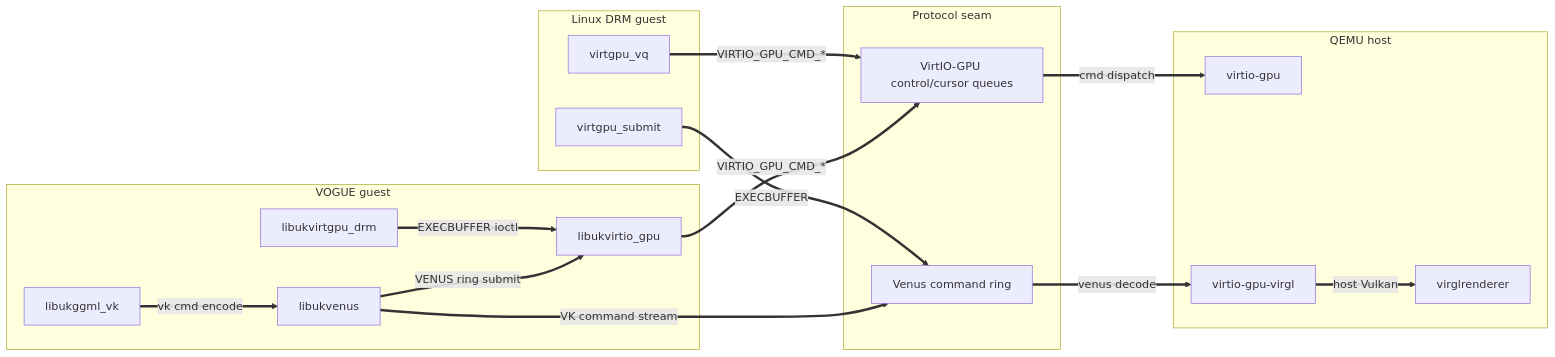
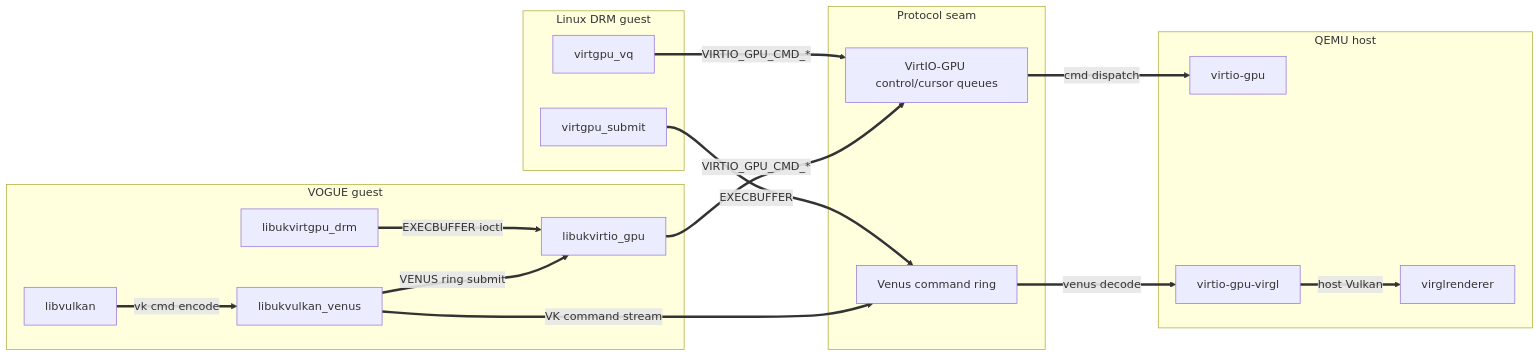
Before and after one commit to vm-final-project/virtio-gpu: the diagram in docs/ARCHITECTURE.md, drawn with Mermaid. The commit also changed other lines of this file and 170 other files, not shown here.

First line of the commit message:
vulkan: redesign around libvulkan + a native Venus driver; retire libukvk_icd and libukggml_vk

````diff
--- a/docs/ARCHITECTURE.md
+++ b/docs/ARCHITECTURE.md
@@ -41,32 +41,32 @@
 ```mermaid
 flowchart LR
   subgraph linux["Linux DRM guest"]
     linux_virtgpu_vq["virtgpu_vq"]
     linux_virtgpu_submit["virtgpu_submit"]
   end
   subgraph vogue["VOGUE guest"]
-    vogue_libukggml_vk["libukggml_vk"]
-    vogue_libukvenus["libukvenus"]
+    vogue_libvulkan["libvulkan"]
+    vogue_libukvulkan_venus["libukvulkan_venus"]
     vogue_libukvirtgpu_drm["libukvirtgpu_drm"]
     vogue_libukvirtio_gpu["libukvirtio_gpu"]
   end
   subgraph seam["Protocol seam"]
     seam_ctrlq["VirtIO-GPU control/cursor queues"]
     seam_venus_ring["Venus command ring"]
   end
   subgraph qemu["QEMU host"]
     qemu_virtio_gpu["virtio-gpu"]
     qemu_virtio_gpu_virgl["virtio-gpu-virgl"]
     qemu_ext_virglrenderer["virglrenderer"]
   end
-  vogue_libukggml_vk ==>|vk cmd encode| vogue_libukvenus
-  vogue_libukvenus ==>|VENUS ring submit| vogue_libukvirtio_gpu
+  vogue_libvulkan ==>|vk cmd encode| vogue_libukvulkan_venus
+  vogue_libukvulkan_venus ==>|VENUS ring submit| vogue_libukvirtio_gpu
   vogue_libukvirtgpu_drm ==>|EXECBUFFER ioctl| vogue_libukvirtio_gpu
   vogue_libukvirtio_gpu ==>|VIRTIO_GPU_CMD_*| seam_ctrlq
-  vogue_libukvenus ==>|VK command stream| seam_venus_ring
+  vogue_libukvulkan_venus ==>|VK command stream| seam_venus_ring
   linux_virtgpu_vq ==>|VIRTIO_GPU_CMD_*| seam_ctrlq
   linux_virtgpu_submit ==>|EXECBUFFER| seam_venus_ring
   seam_ctrlq ==>|cmd dispatch| qemu_virtio_gpu
   seam_venus_ring ==>|venus decode| qemu_virtio_gpu_virgl
   qemu_virtio_gpu_virgl ==>|host Vulkan| qemu_ext_virglrenderer
 ```
````
